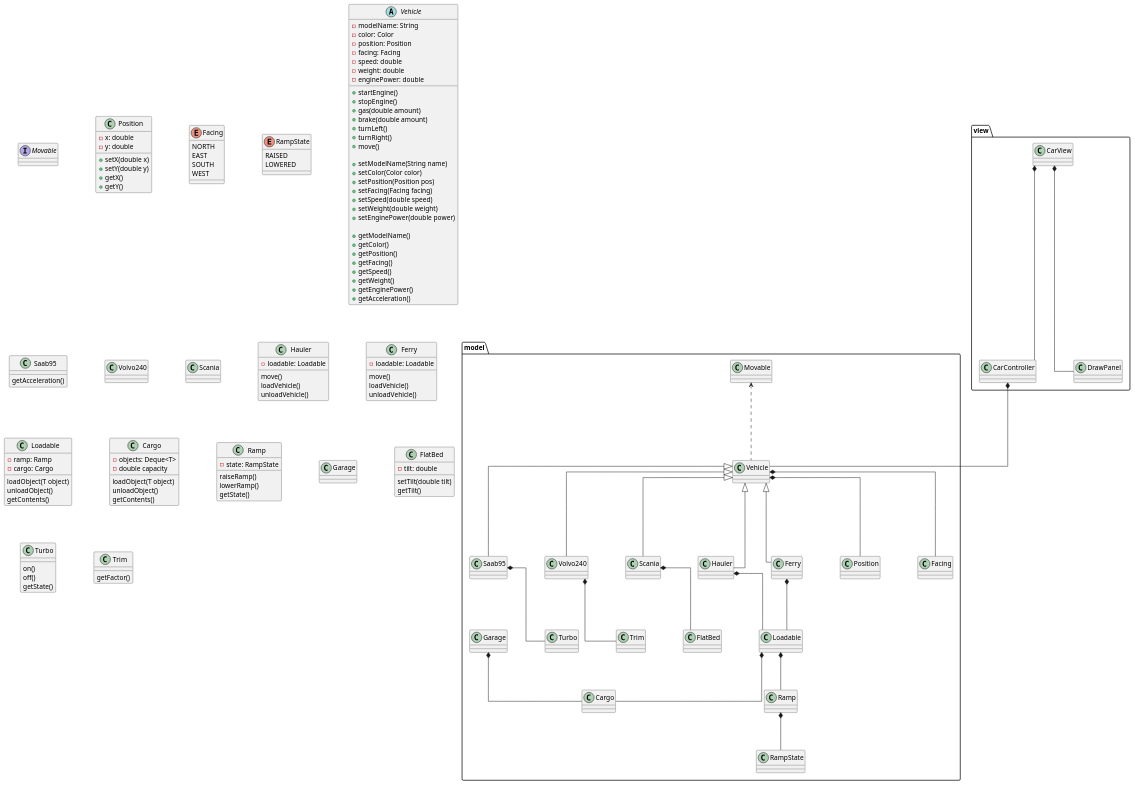
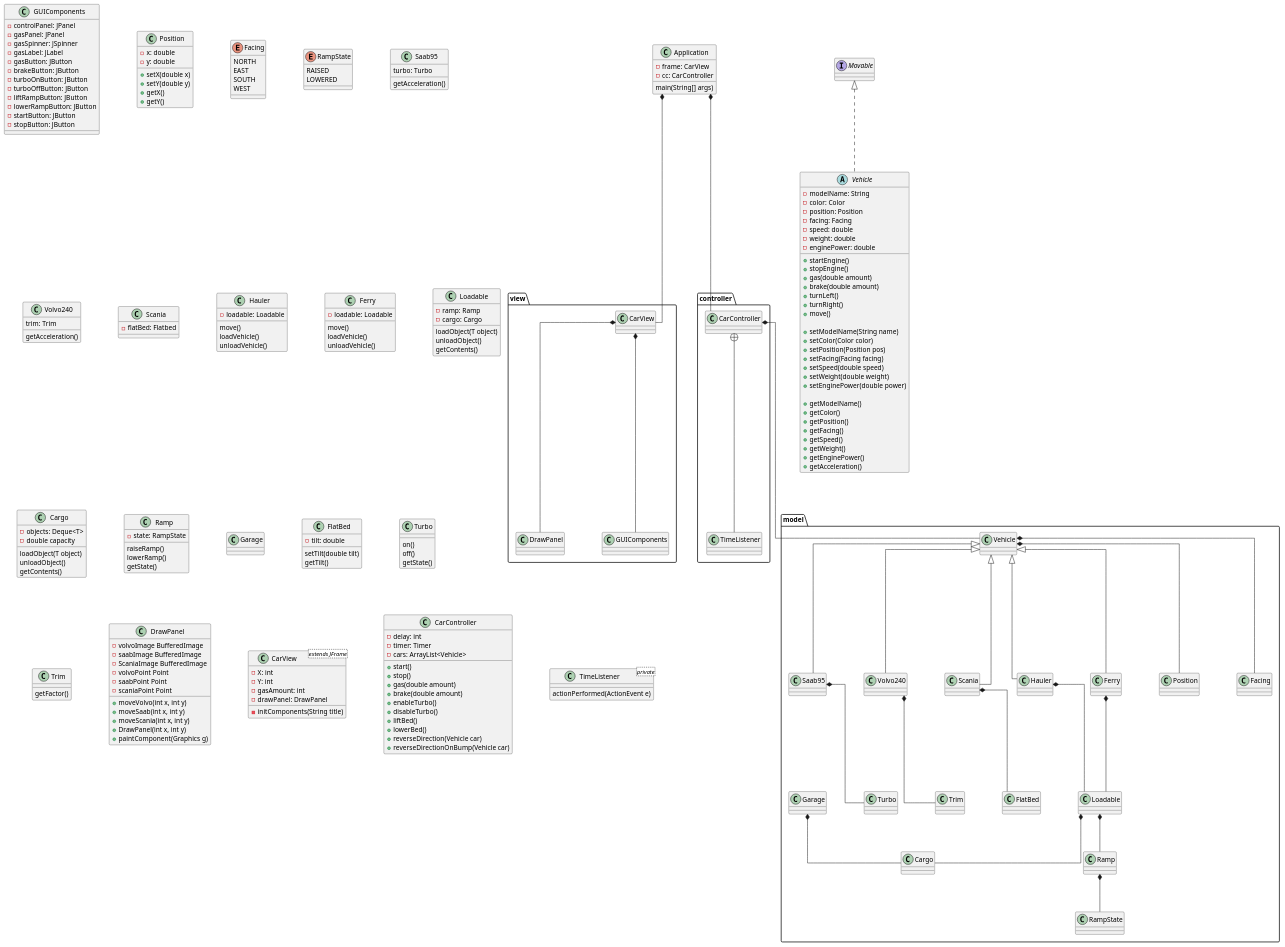
One commit to Sepax/DIT954 changed the diagram in Labs/LAB-1/uml/new-uml.plantuml. Above: the diagram before and after it, drawn with PlantUML.

```diff
--- a/Labs/LAB-1/uml/new-uml.plantuml
+++ b/Labs/LAB-1/uml/new-uml.plantuml
@@ -2,11 +2,7 @@
 skinparam nodesep 80
 skinparam ranksep 80
 skinparam Linetype ortho
-
-    
-
     package model {
-        Movable             <.. Vehicle
         Vehicle             <|-- Saab95
         Vehicle             <|-- Volvo240
         Vehicle             <|-- Scania
@@ -25,15 +21,41 @@
         Garage              *-- Cargo
         Scania              *-- FlatBed
         Ramp                *-- RampState
-        
     }
 
     package view {
-        CarView             *-- CarController
         CarView             *-- DrawPanel
+        CarView             *-- GUIComponents
+    }
+
+    package controller {      
+        CarController       +-- TimeListener
     }
 
     CarController           *-- Vehicle
+    Application             *-- CarView
+    Application             *-- CarController
+
+    class GUIComponents {
+        -controlPanel: JPanel
+        -gasPanel: JPanel
+        -gasSpinner: JSpinner
+        -gasLabel: JLabel
+        -gasButton: JButton
+        -brakeButton: JButton
+        -turboOnButton: JButton
+        -turboOffButton: JButton
+        -liftRampButton: JButton
+        -lowerRampButton: JButton
+        -startButton: JButton
+        -stopButton: JButton
+    }
+
+    class Application {
+        -frame: CarView
+        -cc: CarController
+        main(String[] args)
+    }
 
     interface Movable {
 
@@ -66,7 +88,7 @@
 
     /' Vehicle Class '/
     
-    abstract Vehicle {
+    abstract Vehicle implements Movable {
         -modelName: String
         -color: Color
         -position: Position
@@ -104,15 +126,17 @@
     /' Vehicles '/
 
     class Saab95 {
+        turbo: Turbo
         getAcceleration()
     }
 
     class Volvo240 {
+        trim: Trim
+        getAcceleration()
+    }
 
-
-    }
     class Scania {
-
+        -flatBed: Flatbed
     }
 
     class Hauler{
@@ -175,6 +199,52 @@
     class Trim {
         getFactor()
     }
+
+    /' View '/
+
+    class DrawPanel {
+        -volvoImage BufferedImage
+        -saabImage BufferedImage
+        -ScaniaImage BufferedImage
+        -volvoPoint Point
+        -saabPoint Point
+        -scaniaPoint Point
+
+        +moveVolvo(int x, int y)
+        +moveSaab(int x, int y)
+        +moveScania(int x, int y)
+        +DrawPanel(int x, int y)
+        +paintComponent(Graphics g)
+    }
+
+    class CarView <extends JFrame> {
+        -X: int
+        -Y: int
+        -gasAmount: int
+        -drawPanel: DrawPanel
+
+        -initComponents(String title)
+    }
+
+    class CarController {
+        -delay: int
+        -timer: Timer
+        -cars: ArrayList<Vehicle>
+        +start()
+        +stop()
+        +gas(double amount)
+        +brake(double amount)
+        +enableTurbo()
+        +disableTurbo()
+        +liftBed()
+        +lowerBed()
+        +reverseDirection(Vehicle car)
+        +reverseDirectionOnBump(Vehicle car)
+    }
+
+    class TimeListener<private> {
+        actionPerformed(ActionEvent e)
+    }
     
 
 @enduml
```
